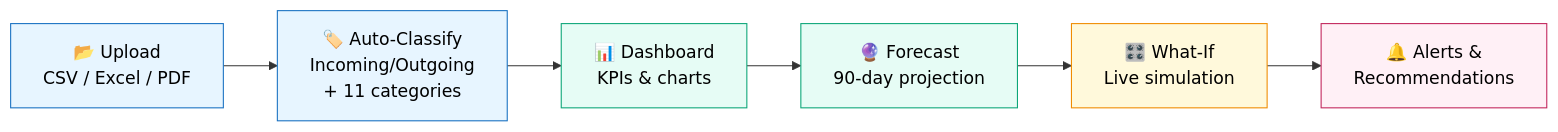
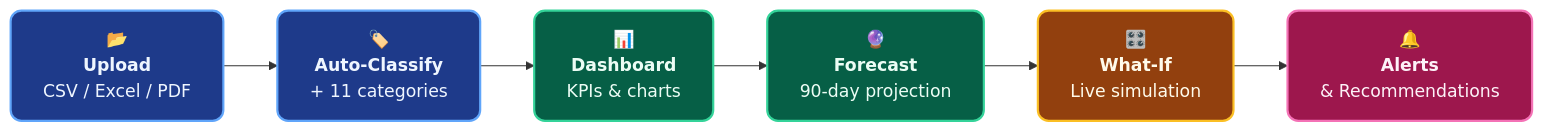
Before and after one commit to ShraddhaD-07/project: the third of 5 diagrams in README.md, drawn with Mermaid. The commit also changed other lines of this file, not shown here.

````diff
--- a/README.md
+++ b/README.md
@@ -108,15 +172,17 @@
 ```mermaid
 flowchart LR
-    A["📂 Upload<br/>CSV / Excel / PDF"] --> B["🏷️ Auto-Classify<br/>Incoming/Outgoing<br/>+ 11 categories"]
-    B --> C["📊 Dashboard<br/>KPIs & charts"]
-    C --> D["🔮 Forecast<br/>90-day projection"]
-    D --> E["🎛️ What-If<br/>Live simulation"]
-    E --> F["🔔 Alerts &<br/>Recommendations"]
+    A["📂<br/><b>Upload</b><br/>CSV / Excel / PDF"] --> B["🏷️<br/><b>Auto-Classify</b><br/>+ 11 categories"]
+    B --> C["📊<br/><b>Dashboard</b><br/>KPIs & charts"]
+    C --> D["🔮<br/><b>Forecast</b><br/>90-day projection"]
+    D --> E["🎛️<br/><b>What-If</b><br/>Live simulation"]
+    E --> F["🔔<br/><b>Alerts</b><br/>& Recommendations"]
 
-    style A fill:#e7f5ff,stroke:#1971c2,color:#000
-    style B fill:#e7f5ff,stroke:#1971c2,color:#000
-    style C fill:#e6fcf5,stroke:#0ca678,color:#000
-    style D fill:#e6fcf5,stroke:#0ca678,color:#000
-    style E fill:#fff9db,stroke:#f08c00,color:#000
-    style F fill:#fff0f6,stroke:#c2255c,color:#000
+    classDef step1 fill:#1E3A8A,stroke:#60A5FA,stroke-width:2px,color:#EFF6FF,rx:10,ry:10
+    classDef step2 fill:#065F46,stroke:#34D399,stroke-width:2px,color:#ECFDF5,rx:10,ry:10
+    classDef step3 fill:#92400E,stroke:#FBBF24,stroke-width:2px,color:#FFFBEB,rx:10,ry:10
+    classDef step4 fill:#9D174D,stroke:#F472B6,stroke-width:2px,color:#FDF2F8,rx:10,ry:10
+    class A,B step1
+    class C,D step2
+    class E step3
+    class F step4
 ```
````
